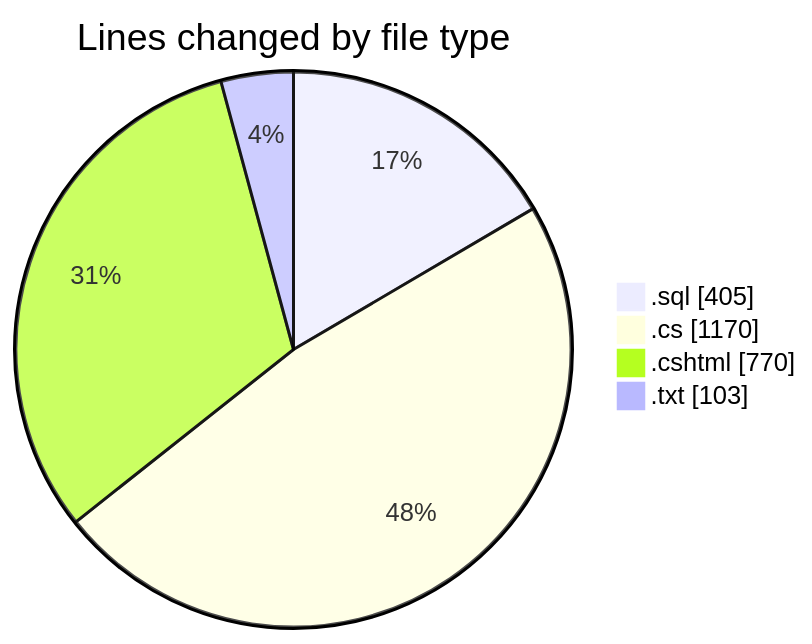
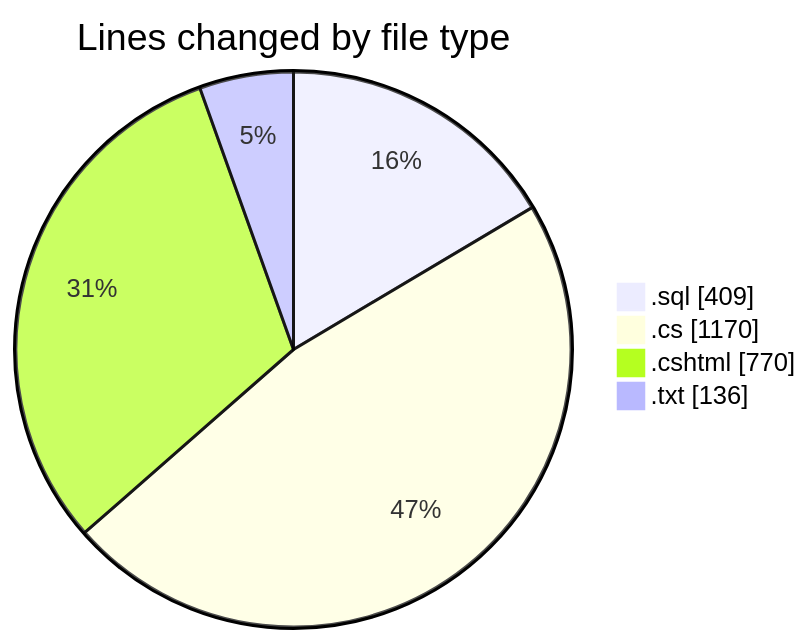
One commit to lephambinh05/code-tracking changed the first of 2 diagrams in 2025-07-23/quanlyrapchieuphim/README.md. Above: the diagram before and after it, drawn with Mermaid. The commit also changed other lines of this file and 1 other file, not shown here.

````diff
--- a/2025-07-23/quanlyrapchieuphim/README.md
+++ b/2025-07-23/quanlyrapchieuphim/README.md
@@ -27,8 +27,8 @@
 ```mermaid
 pie showData
 title Lines changed by file type
-".sql" : 405
+".sql" : 409
 ".cs" : 1170
 ".cshtml" : 770
-".txt" : 103
+".txt" : 136
 ```
````
